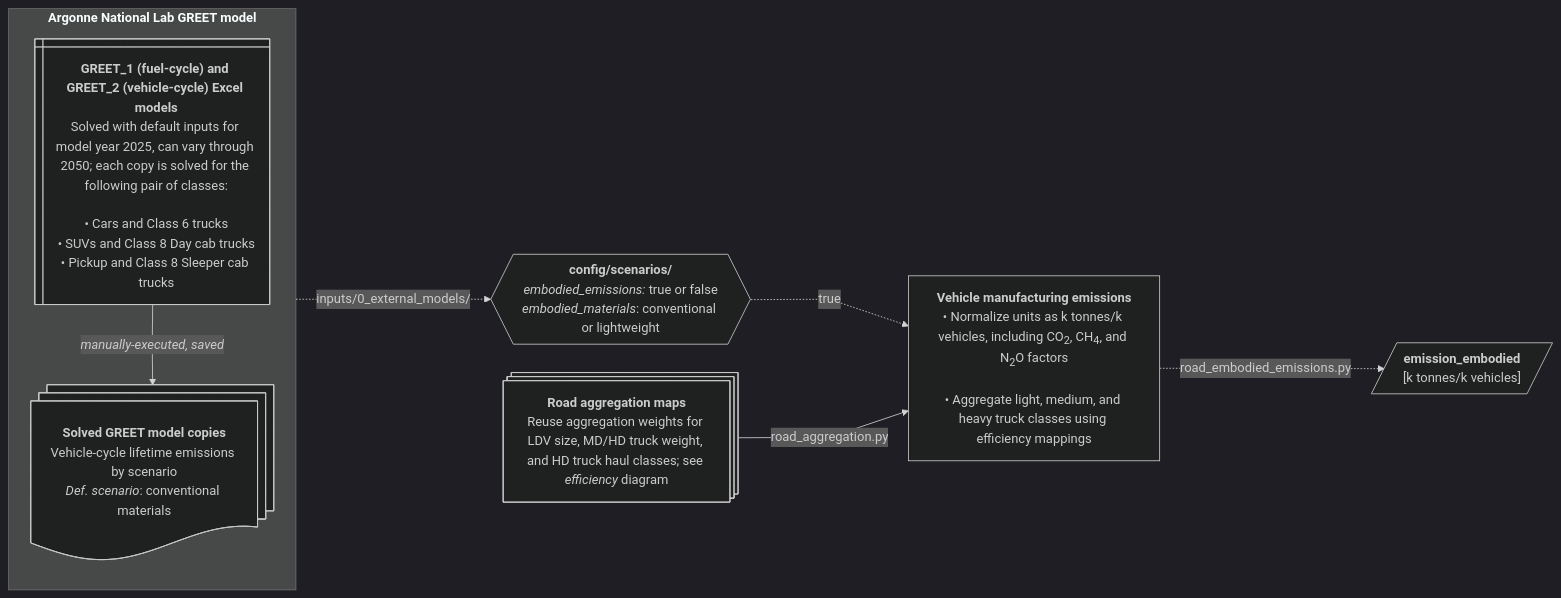
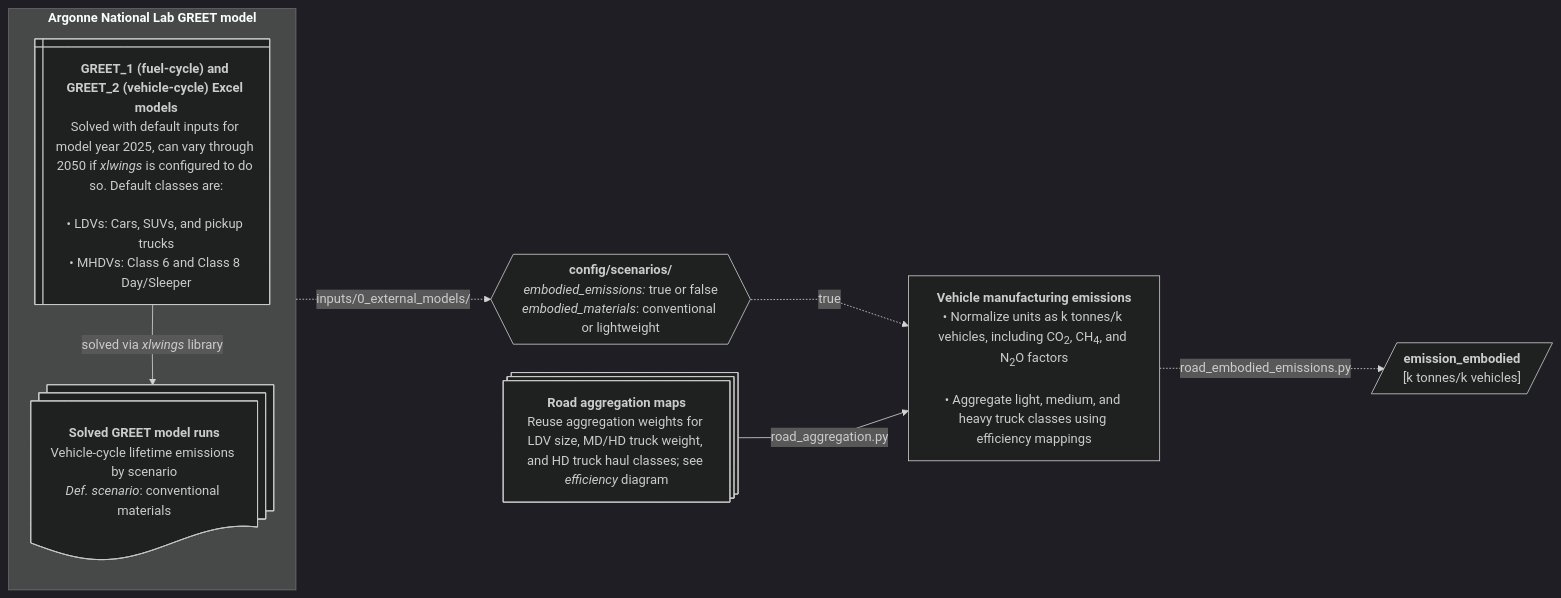
One commit to CANOE-main/canoe-transportation changed the ninth of 12 diagrams in docs/etl_flowcharts.md. Above: the diagram before and after it, drawn with Mermaid (dark theme). The commit also changed other lines of this file and 104 other files, not shown here.

````diff
--- a/docs/etl_flowcharts.md
+++ b/docs/etl_flowcharts.md
@@ -808,45 +808,44 @@
 ```mermaid
 ---
 config:
   layout: dagre
   flowchart:
     nodeSpacing: 35
     rankSpacing: 50
     wrappingWidth: 250
     curve: linear
 ---
 flowchart LR
   %% ########### Sources ###########
   subgraph greet["`**Argonne National Lab GREET model**`"]
     s1@{shape: win-pane, label: "**GREET_1 (fuel-cycle) and GREET_2 (vehicle-cycle) Excel models**
-      Solved with default inputs for model year 2025, can vary through 2050; each copy is solved for the following pair of classes:<br>
-      • Cars and Class 6 trucks
-      • SUVs and Class 8 Day cab trucks
-      • Pickup and Class 8 Sleeper cab trucks"}
-    s3@{shape: docs, label: "**Solved GREET model copies**
+      Solved with default inputs for model year 2025, can vary through 2050 if *xlwings* is configured to do so. Default classes are:<br>
+      • LDVs: Cars, SUVs, and pickup trucks
+      • MHDVs: Class 6 and Class 8 Day/Sleeper"}
+    s3@{shape: docs, label: "**Solved GREET model runs**
       Vehicle-cycle lifetime emissions by scenario
       *Def. scenario*: conventional materials"}
-    s1 -- "`*manually-executed, saved*`" --> s3
+    s1 -- "`solved via *xlwings* library`" --> s3
   end
 
   s2@{shape: processes, label: "**Road aggregation maps**
     Reuse aggregation weights for LDV size, MD/HD truck weight, and HD truck haul classes; see *efficiency* diagram"}
 
   %% ########### Processes ###########
   p1@{shape: hex, label: "**config/scenarios/**
     *embodied_emissions:* true or false
     *embodied_materials*: conventional or lightweight"}
   greet -. inputs/0_external_models/ .-> p1
 
   p2["`**Vehicle manufacturing emissions**
     • Normalize units as k tonnes/k vehicles, including CO<sub>2</sub>, CH<sub>4</sub>, and N<sub>2</sub>O factors<br>
     • Aggregate light, medium, and heavy truck classes using efficiency mappings`"]
   p1 -. true .-> p2
   s2 -- road_aggregation.py --> p2
 
   p2 -. "road_embodied_emissions.py" .-> o1[/"`**emission_embodied**
     [k tonnes/k vehicles]`"/]
 
   %% --- Hyperlinks ---
   click s1 "https://greet.anl.gov/"
 ```
````
